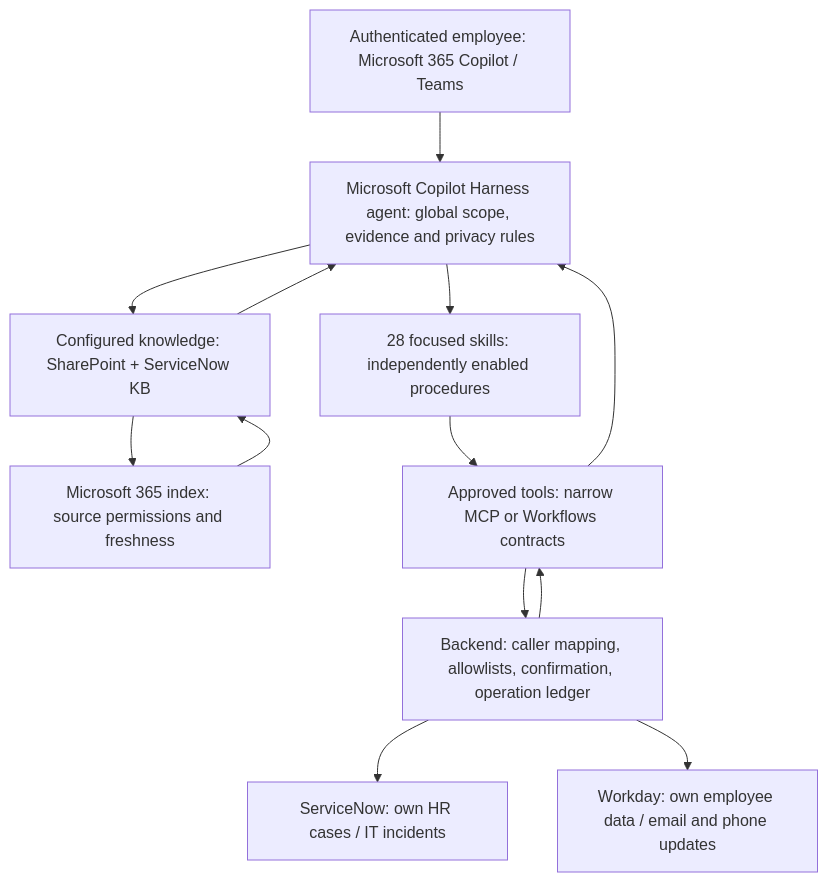
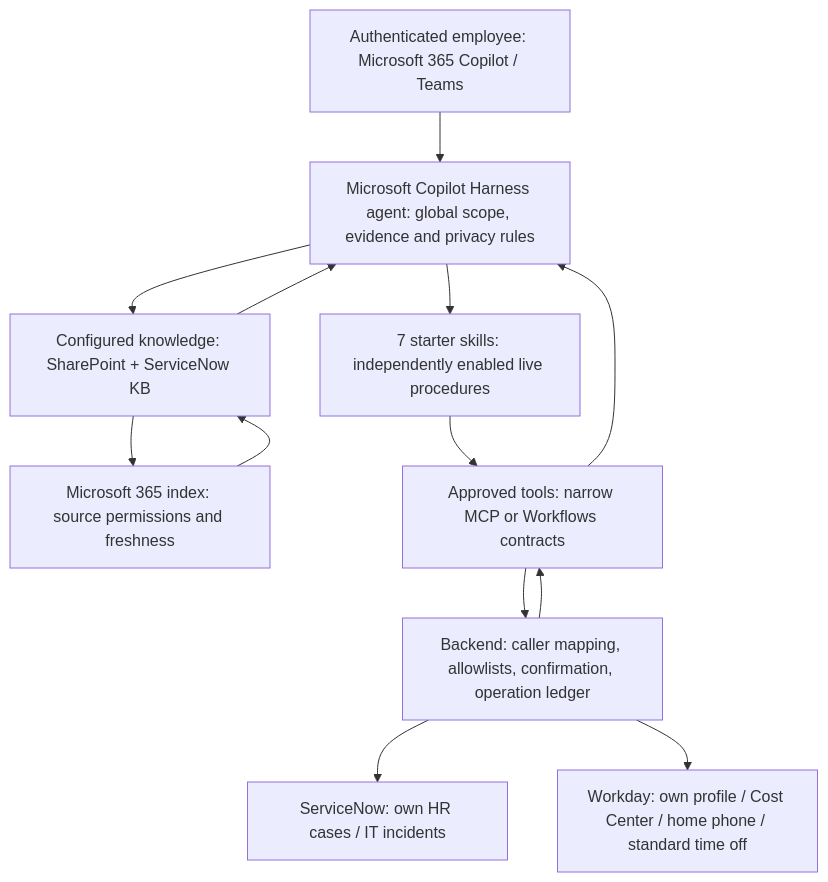
One commit to petepuu/ai-agent-runbooks changed the diagram in 01-scenarios/Employee-Self-Service-Agent-Microsoft-Copilot-Harness/2.Architecture.md. Above: the diagram before and after it, drawn with Mermaid. The commit also changed other lines of this file and 49 other files, not shown here.

Commit message:
Simplify employee self-service scenario to seven starter skills

````diff
--- a/01-scenarios/Employee-Self-Service-Agent-Microsoft-Copilot-Harness/2.Architecture.md
+++ b/01-scenarios/Employee-Self-Service-Agent-Microsoft-Copilot-Harness/2.Architecture.md
@@ -10,19 +10,19 @@
 ```mermaid
 flowchart TD
     U["Authenticated employee: Microsoft 365 Copilot / Teams"]
     A["Microsoft Copilot Harness agent: global scope, evidence and privacy rules"]
-    S["28 focused skills: independently enabled procedures"]
+    S["7 starter skills: independently enabled live procedures"]
     K["Configured knowledge: SharePoint + ServiceNow KB"]
     I["Microsoft 365 index: source permissions and freshness"]
     T["Approved tools: narrow MCP or Workflows contracts"]
     B["Backend: caller mapping, allowlists, confirmation, operation ledger"]
     SN["ServiceNow: own HR cases / IT incidents"]
-    WD["Workday: own employee data / email and phone updates"]
+    WD["Workday: own profile / Cost Center / home phone / standard time off"]
     U --> A --> S
     A --> K --> I
     S --> T --> B
     B --> SN
     B --> WD
     B --> T --> A
     I --> K --> A
 ```
````
